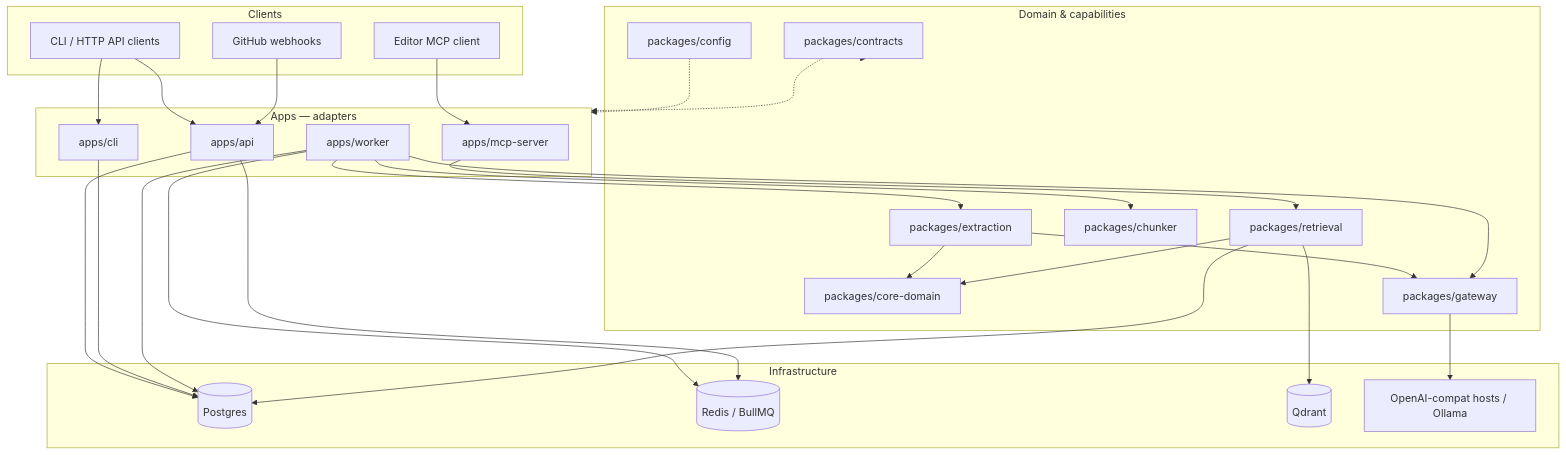
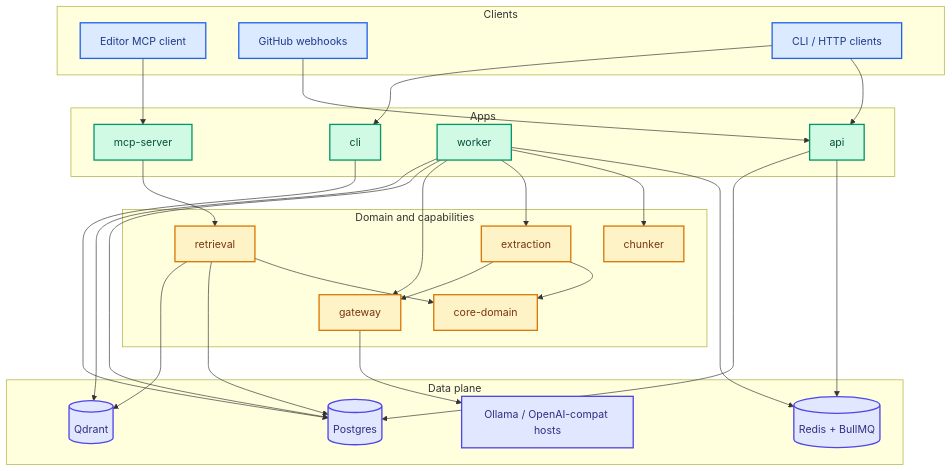
The diagram in README.md (Jassu78/CodeOracle), drawn with Mermaid before and after one commit. The commit also changed other lines of this file and 1 other file, not shown here.

First line of the commit message:
docs: simplify README — one colored architecture diagram

````diff
--- a/README.md
+++ b/README.md
@@ -106,55 +58,64 @@
 ```mermaid
 flowchart TB
-  subgraph clients [Clients]
-    Editor[Editor MCP client]
-    GH[GitHub webhooks]
-    Ops[CLI / HTTP API clients]
+  subgraph Clients["Clients"]
+    Editor["Editor MCP client"]
+    GitHub["GitHub webhooks"]
+    Ops["CLI / HTTP clients"]
   end
 
-  subgraph apps [Apps — adapters]
-    MCP[apps/mcp-server]
-    API[apps/api]
-    Worker[apps/worker]
-    CLI[apps/cli]
+  subgraph Apps["Apps"]
+    MCP["mcp-server"]
+    API["api"]
+    Worker["worker"]
+    CLI["cli"]
   end
 
-  subgraph domain [Domain & capabilities]
-    Core[packages/core-domain]
-    Retrieval[packages/retrieval]
-    Extraction[packages/extraction]
-    Chunker[packages/chunker]
-    Gateway[packages/gateway]
-    Contracts[packages/contracts]
-    Config[packages/config]
+  subgraph Domain["Domain and capabilities"]
+    Core["core-domain"]
+    Retrieval["retrieval"]
+    Extraction["extraction"]
+    Chunker["chunker"]
+    Gateway["gateway"]
   end
 
-  subgraph infra [Infrastructure]
-    PG[(Postgres)]
-    Redis[(Redis / BullMQ)]
-    Qdrant[(Qdrant)]
-    LLM[OpenAI-compat hosts / Ollama]
+  subgraph Data["Data plane"]
+    PG[("Postgres")]
+    Redis[("Redis + BullMQ")]
+    Qdrant[("Qdrant")]
+    LLM["Ollama / OpenAI-compat hosts"]
   end
 
   Editor --> MCP
-  GH --> API
+  GitHub --> API
   Ops --> API
   Ops --> CLI
+
   MCP --> Retrieval
   API --> Redis
   Worker --> Redis
+  CLI --> PG
+
   Worker --> Chunker
   Worker --> Extraction
   Worker --> Gateway
+  Worker --> PG
+  Worker --> Qdrant
+
   Retrieval --> Core
+  Retrieval --> PG
   Retrieval --> Qdrant
-  Retrieval --> PG
   Extraction --> Core
   Extraction --> Gateway
   Gateway --> LLM
-  Worker --> PG
-  CLI --> PG
   API --> PG
-  Contracts -.-> apps
-  Contracts -.-> domain
-  Config -.-> apps
+
+  classDef clients fill:#DBEAFE,stroke:#2563EB,color:#1E3A8A,stroke-width:2px
+  classDef apps fill:#D1FAE5,stroke:#059669,color:#064E3B,stroke-width:2px
+  classDef domain fill:#FEF3C7,stroke:#D97706,color:#78350F,stroke-width:2px
+  classDef data fill:#E0E7FF,stroke:#4F46E5,color:#312E81,stroke-width:2px
+
+  class Editor,GitHub,Ops clients
+  class MCP,API,Worker,CLI apps
+  class Core,Retrieval,Extraction,Chunker,Gateway domain
+  class PG,Redis,Qdrant,LLM data
 ```
````
